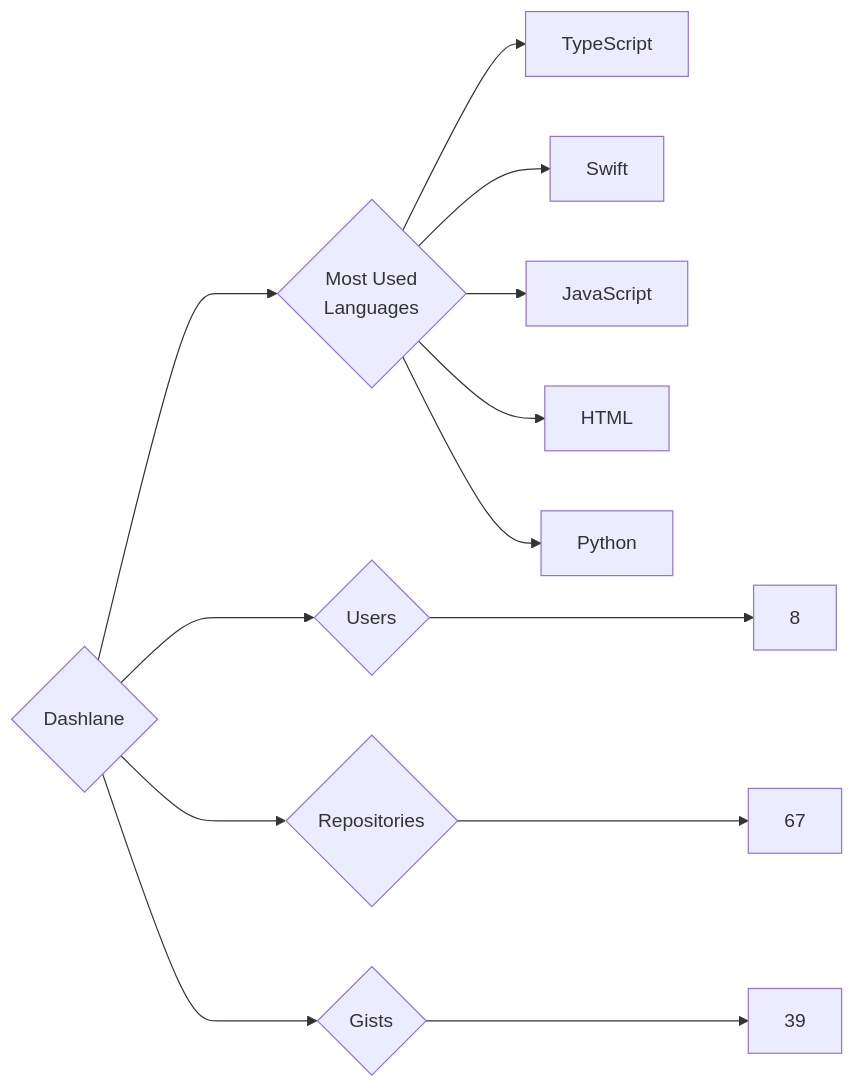
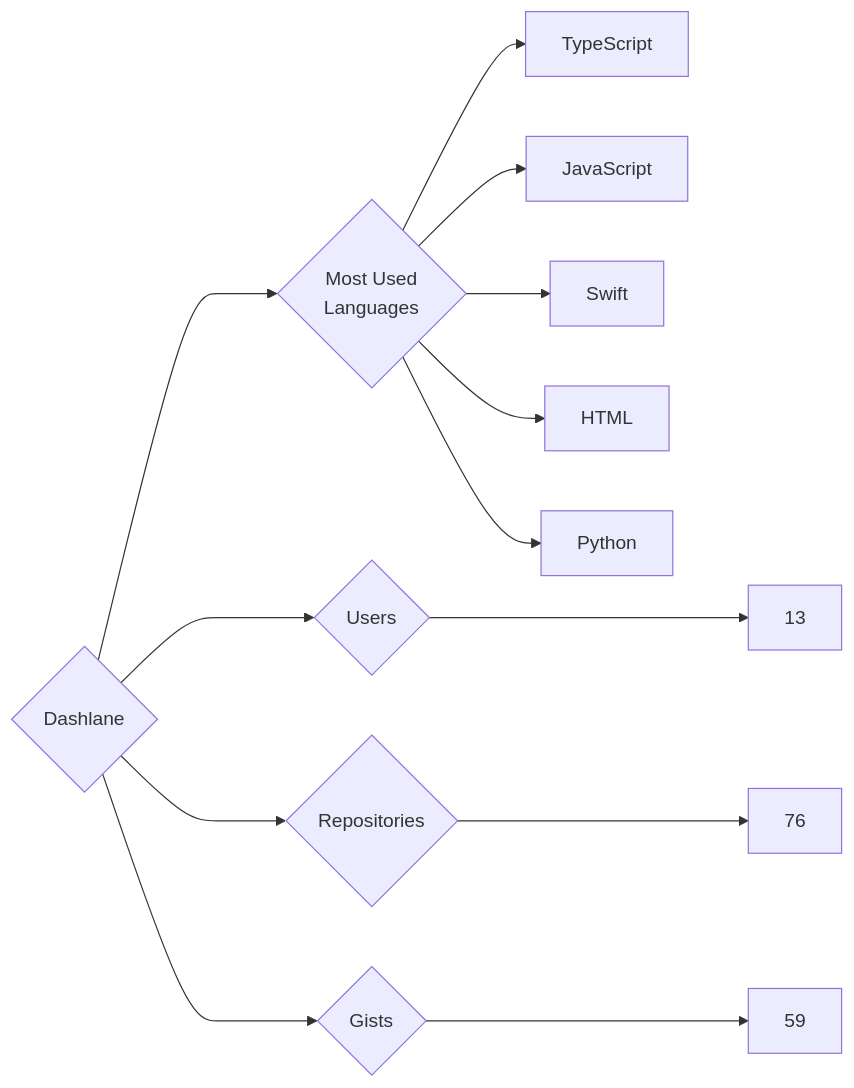
The diagram in targets/Dashlane/README.md (trickest/insiders), drawn with Mermaid before and after one commit. The commit also changed 1314 other files, not shown here.

````diff
--- a/targets/Dashlane/README.md
+++ b/targets/Dashlane/README.md
@@ -3,13 +3,13 @@
 ```mermaid
 graph LR
 COMPANY_NAME{Dashlane}
-COMPANY_NAME ---> U{Users} ---> UN[8]
-COMPANY_NAME ---> R{Repositories} ---> RN[67]
-COMPANY_NAME ---> G{Gists} ---> GN[39]
+COMPANY_NAME ---> U{Users} ---> UN[13]
+COMPANY_NAME ---> R{Repositories} ---> RN[76]
+COMPANY_NAME ---> G{Gists} ---> GN[59]
 COMPANY_NAME ---> ML{Most Used<br>Languages}
 ML --> TypeScript[TypeScript]
+ML --> JavaScript[JavaScript]
 ML --> Swift[Swift]
-ML --> JavaScript[JavaScript]
 ML --> HTML[HTML]
 ML --> Python[Python]
 ```
````
